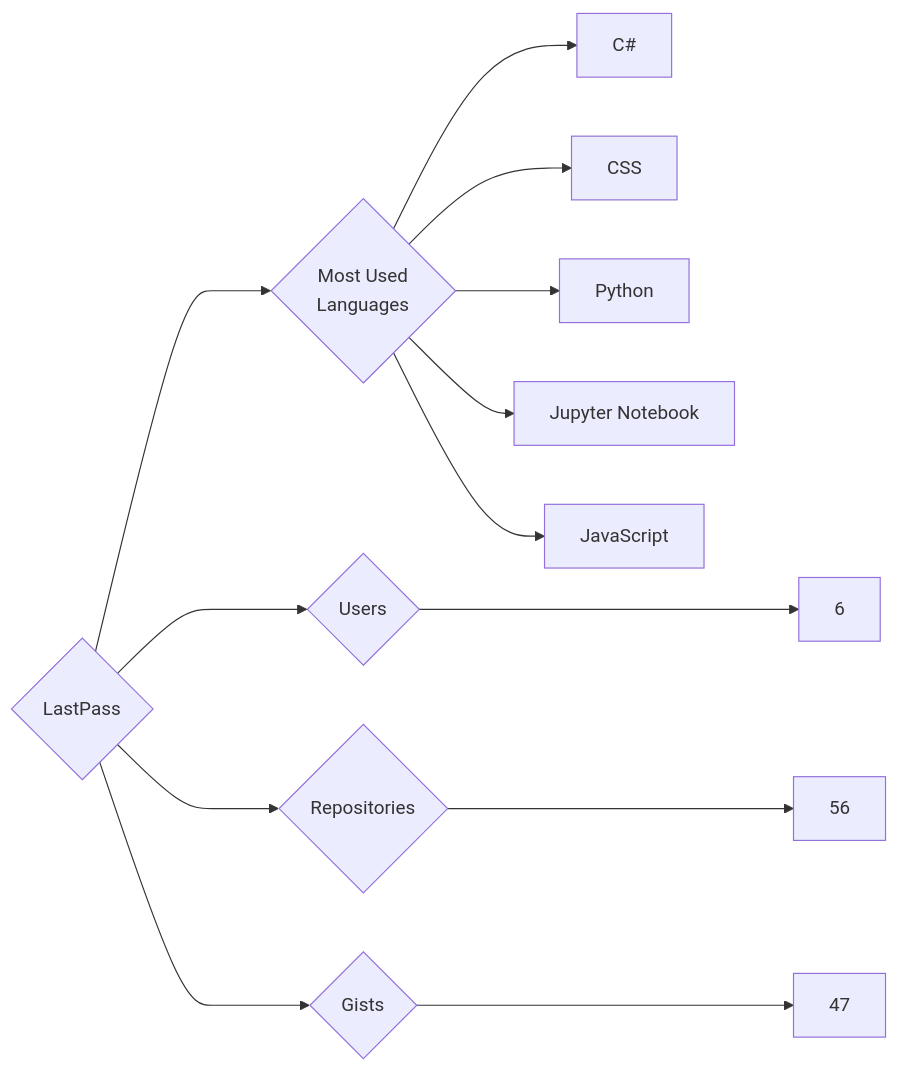
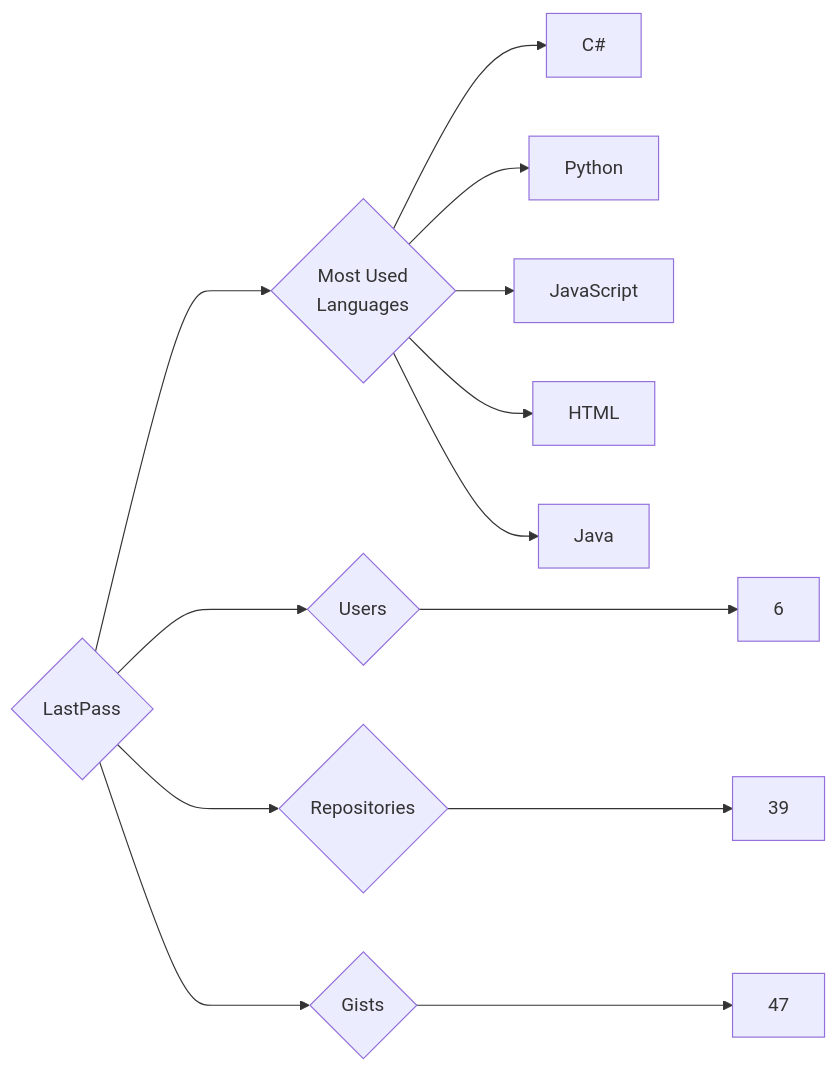
The diagram in targets/LastPass/README.md (trickest/insiders), drawn with Mermaid before and after one commit. The commit also changed 870 other files, not shown here.

````diff
--- a/targets/LastPass/README.md
+++ b/targets/LastPass/README.md
@@ -3,13 +3,13 @@
 ```mermaid
 graph LR
 COMPANY_NAME{LastPass}
 COMPANY_NAME ---> U{Users} ---> UN[6]
-COMPANY_NAME ---> R{Repositories} ---> RN[56]
+COMPANY_NAME ---> R{Repositories} ---> RN[39]
 COMPANY_NAME ---> G{Gists} ---> GN[47]
 COMPANY_NAME ---> ML{Most Used<br>Languages}
 ML --> C#[C#]
-ML --> CSS[CSS]
 ML --> Python[Python]
-ML --> Jupyter_Notebook[Jupyter Notebook]
 ML --> JavaScript[JavaScript]
+ML --> HTML[HTML]
+ML --> Java[Java]
 ```
````
